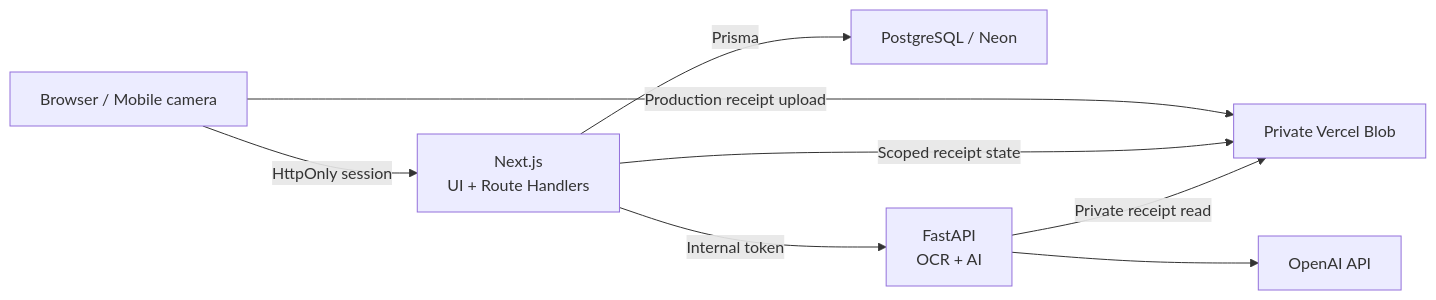
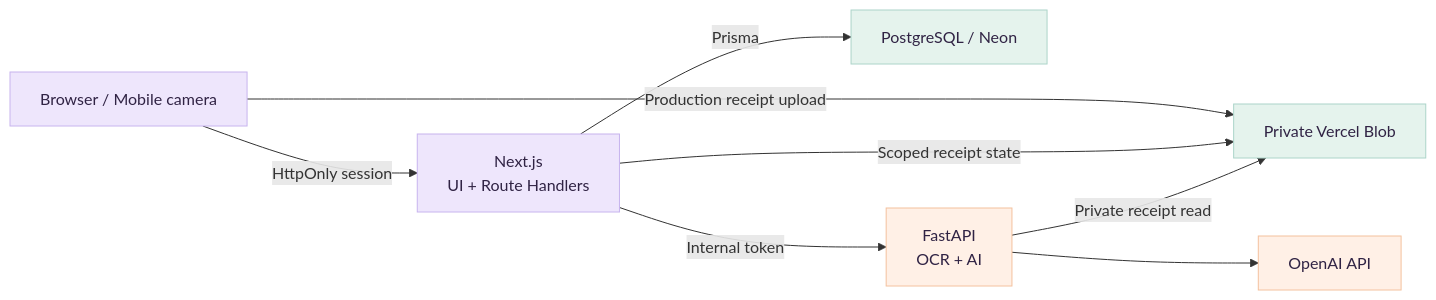
Before and after one commit to gunchou02/Budgetly: the diagram in README.md, drawn with Mermaid. The commit also changed other lines of this file and 39 other files, not shown here.

````diff
--- a/README.md
+++ b/README.md
@@ -98,17 +144,24 @@
 ```mermaid
 flowchart LR
     Browser["Browser / Mobile camera"]
     Next["Next.js<br/>UI + Route Handlers"]
     DB["PostgreSQL / Neon"]
     Blob["Private Vercel Blob"]
     Python["FastAPI<br/>OCR + AI"]
     OpenAI["OpenAI API"]
 
     Browser -->|"HttpOnly session"| Next
     Browser -->|"Production receipt upload"| Blob
     Next -->|"Prisma"| DB
     Next -->|"Scoped receipt state"| Blob
     Next -->|"Internal token"| Python
     Python -->|"Private receipt read"| Blob
     Python --> OpenAI
+
+    classDef lavender fill:#eee6fc,stroke:#c7b4ee,color:#302344;
+    classDef mint fill:#e5f3ed,stroke:#acd4c9,color:#302344;
+    classDef peach fill:#fff0e6,stroke:#f4c19e,color:#302344;
+    class Browser,Next lavender;
+    class DB,Blob mint;
+    class Python,OpenAI peach;
 ```
````
